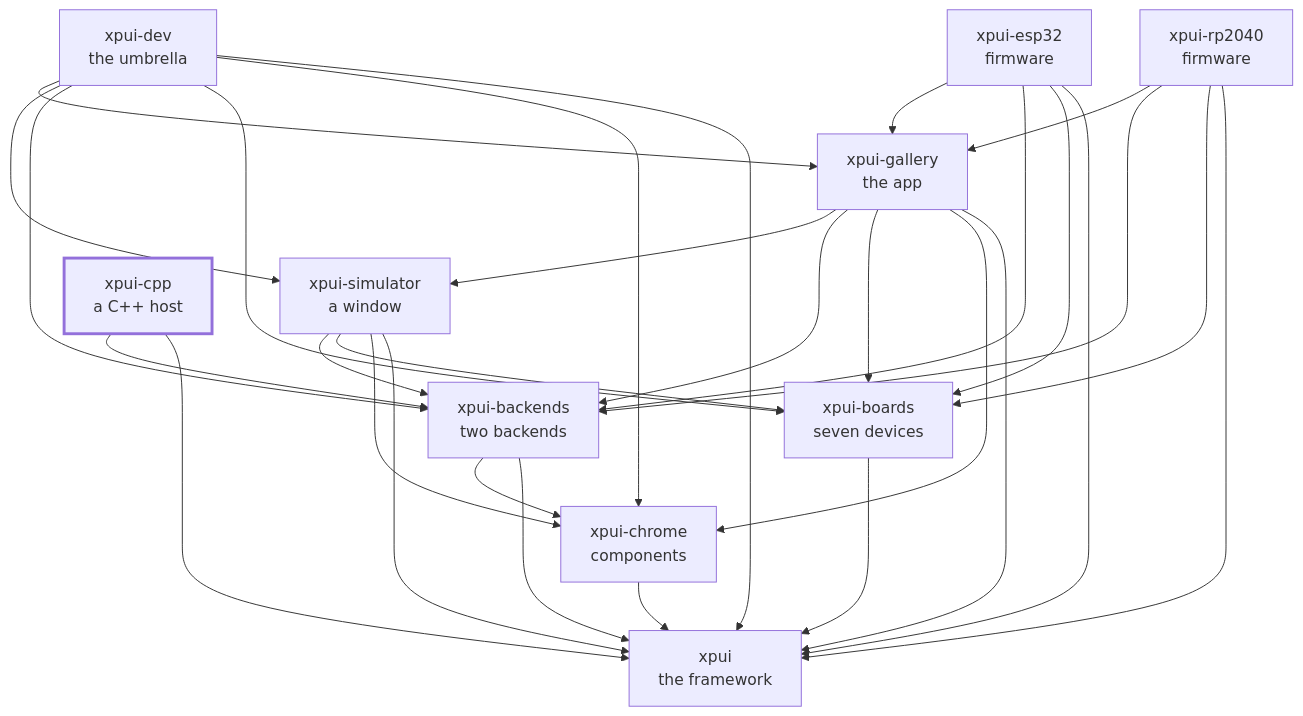
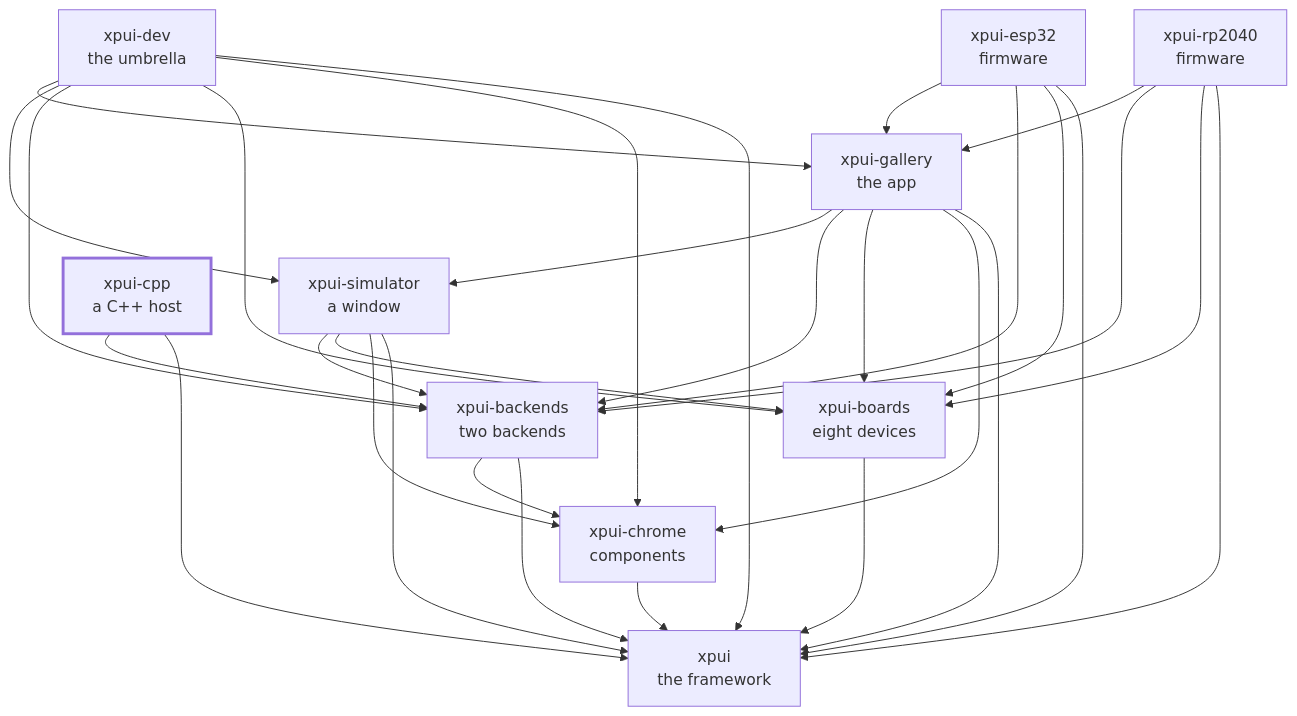
One commit to XPUI-Framework/xpui-cpp changed the diagram in README.md. Above: the diagram before and after it, drawn with Mermaid. The commit also changed 3 other files, not shown here.

````diff
--- a/README.md
+++ b/README.md
@@ -85,43 +85,43 @@
 ```mermaid
 flowchart TD
   xpui["xpui<br/>the framework"]
   chrome["xpui-chrome<br/>components"]
-  boards["xpui-boards<br/>seven devices"]
+  boards["xpui-boards<br/>eight devices"]
   backends["xpui-backends<br/>two backends"]
   simulator["xpui-simulator<br/>a window"]
   gallery["xpui-gallery<br/>the app"]
   rp2040["xpui-rp2040<br/>firmware"]
   esp32["xpui-esp32<br/>firmware"]
   cpp["xpui-cpp<br/>a C++ host"]
   dev["xpui-dev<br/>the umbrella"]
   chrome --> xpui
   boards --> xpui
   backends --> xpui
   backends --> chrome
   simulator --> xpui
   simulator --> chrome
   simulator --> boards
   simulator --> backends
   gallery --> xpui
   gallery --> chrome
   gallery --> boards
   gallery --> backends
   gallery --> simulator
   rp2040 --> xpui
   rp2040 --> boards
   rp2040 --> backends
   rp2040 --> gallery
   esp32 --> xpui
   esp32 --> boards
   esp32 --> backends
   esp32 --> gallery
   cpp --> xpui
   cpp --> backends
   dev --> xpui
   dev --> chrome
   dev --> boards
   dev --> backends
   dev --> simulator
   dev --> gallery
   style cpp stroke-width:3px
 ```
````
